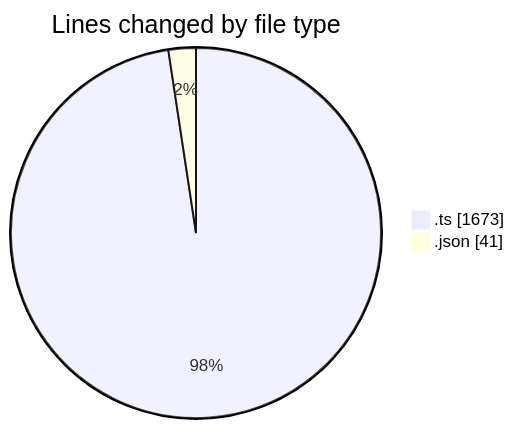
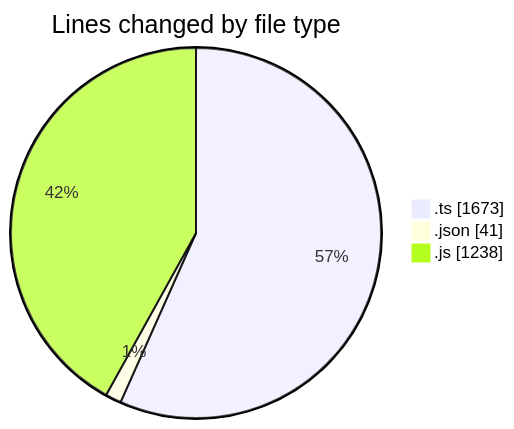
Before and after one commit to momahboobian/code-tracking: the first of 2 diagrams in 2025-07-30/cda/README.md, drawn with Mermaid. The commit also changed other lines of this file and 1 other file, not shown here.

````diff
--- a/2025-07-30/cda/README.md
+++ b/2025-07-30/cda/README.md
@@ -23,6 +24,7 @@
 ```mermaid
 pie showData
 title Lines changed by file type
 ".ts" : 1673
 ".json" : 41
+".js" : 1238
 ```
````
